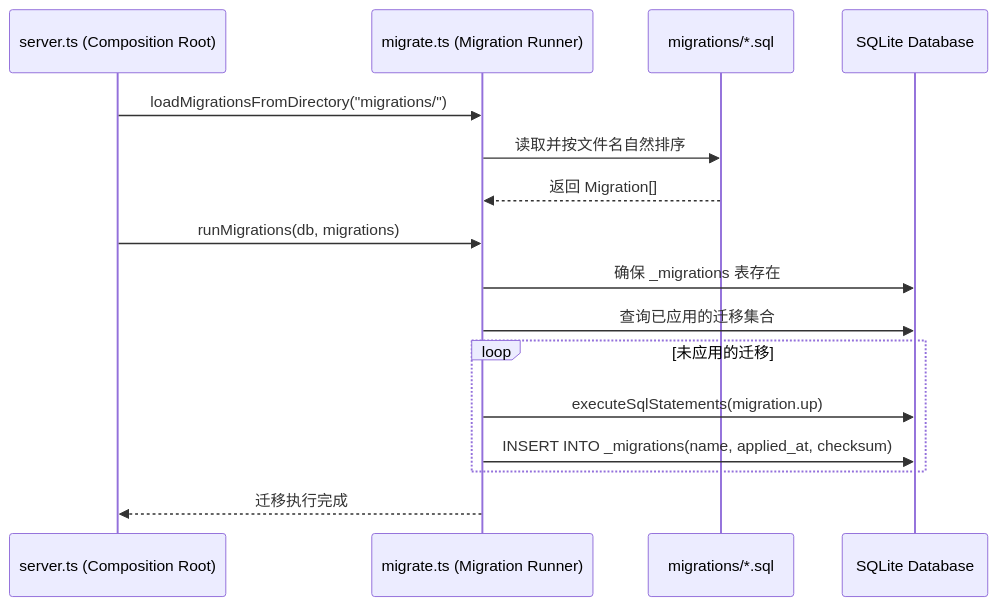
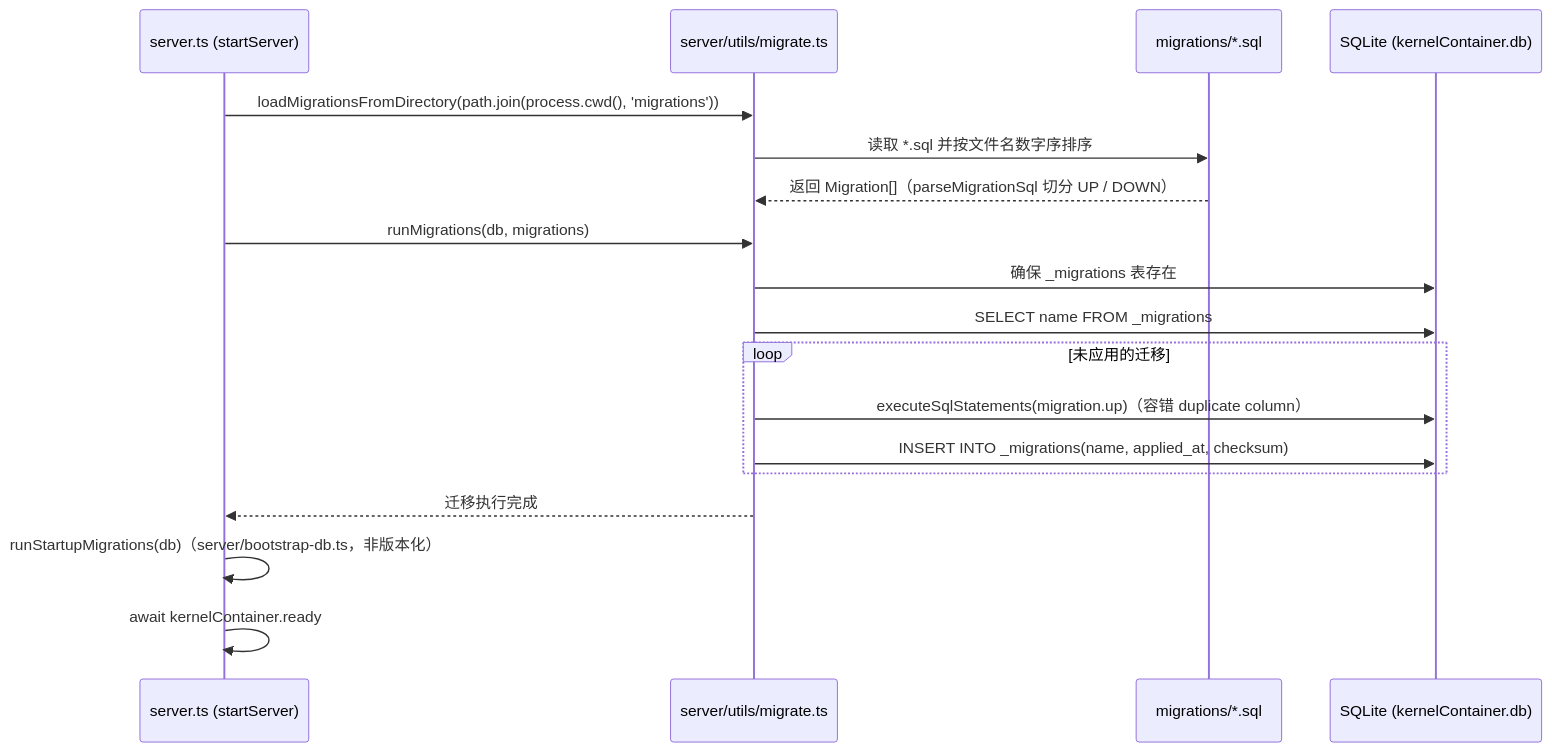
Before and after one commit to aymwoo/OpenLearn-Next-V2: the diagram in docs/architecture/database-and-migrations.md, drawn with Mermaid. The commit also changed other lines of this file and 52 other files, not shown here.

````diff
--- a/docs/architecture/database-and-migrations.md
+++ b/docs/architecture/database-and-migrations.md
@@ -61,19 +85,21 @@
 ```mermaid
 sequenceDiagram
-    participant Boot as server.ts (Composition Root)
-    participant Migrate as migrate.ts (Migration Runner)
+    participant Boot as server.ts (startServer)
+    participant Migrate as server/utils/migrate.ts
     participant FS as migrations/*.sql
-    participant DB as SQLite Database
+    participant DB as SQLite (kernelContainer.db)
 
-    Boot->>Migrate: loadMigrationsFromDirectory("migrations/")
-    Migrate->>FS: 读取并按文件名自然排序
-    FS-->>Migrate: 返回 Migration[]
+    Boot->>Migrate: loadMigrationsFromDirectory(path.join(process.cwd(), 'migrations'))
+    Migrate->>FS: 读取 *.sql 并按文件名数字序排序
+    FS-->>Migrate: 返回 Migration[]（parseMigrationSql 切分 UP / DOWN）
     Boot->>Migrate: runMigrations(db, migrations)
     Migrate->>DB: 确保 _migrations 表存在
-    Migrate->>DB: 查询已应用的迁移集合
+    Migrate->>DB: SELECT name FROM _migrations
     loop 未应用的迁移
-        Migrate->>DB: executeSqlStatements(migration.up)
+        Migrate->>DB: executeSqlStatements(migration.up)（容错 duplicate column）
         Migrate->>DB: INSERT INTO _migrations(name, applied_at, checksum)
     end
     Migrate-->>Boot: 迁移执行完成
+    Boot->>Boot: runStartupMigrations(db)（server/bootstrap-db.ts，非版本化）
+    Boot->>Boot: await kernelContainer.ready
 ```
````
